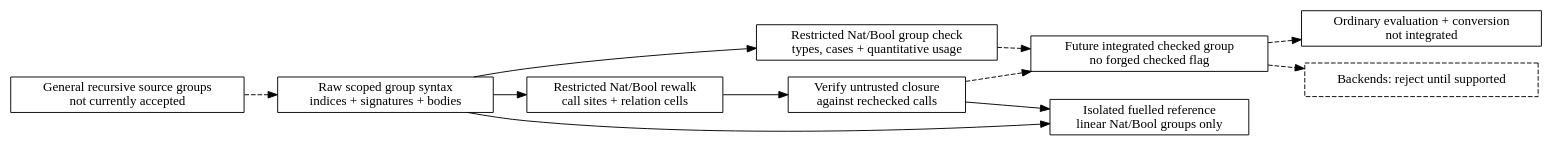
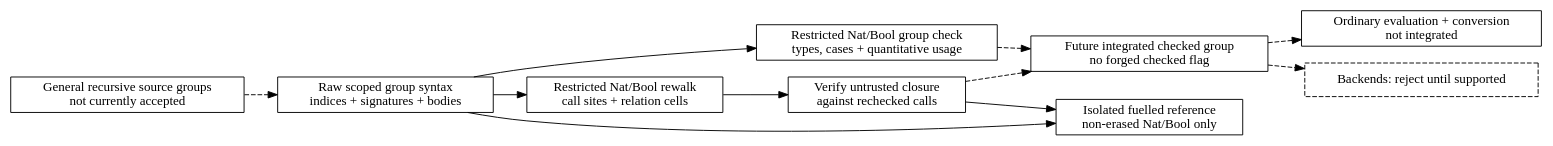
The diagram in docs/diagrams/recursive-groups-design.dot (odunboye/fibril), drawn with Graphviz before and after one commit. The commit also changed 3 other files, not shown here.

```diff
--- a/docs/diagrams/recursive-groups-design.dot
+++ b/docs/diagrams/recursive-groups-design.dot
@@ -1,23 +1,23 @@
 digraph RecursiveGroupsDesign {
   rankdir=LR;
   node [shape=box];
   source [label="General recursive source groups\nnot currently accepted"];
   group [label="Raw scoped group syntax\nindices + signatures + bodies"];
   typing [label="Restricted Nat/Bool group check\ntypes, cases + quantitative usage"];
   calls [label="Restricted Nat/Bool rewalk\ncall sites + relation cells"];
   cert [label="Verify untrusted closure\nagainst rechecked calls"];
-  reference [label="Isolated fuelled reference\nlinear Nat/Bool groups only"];
+  reference [label="Isolated fuelled reference\nnon-erased Nat/Bool only"];
   artifact [label="Future integrated checked group\nno forged checked flag"];
   evaluate [label="Ordinary evaluation + conversion\nnot integrated"];
   backend [label="Backends: reject until supported", style=dashed];
   source -> group [style=dashed];
   group -> typing;
   typing -> artifact [style=dashed];
   group -> calls;
   calls -> cert;
   group -> reference;
   cert -> reference;
   cert -> artifact [style=dashed];
   artifact -> evaluate [style=dashed];
   artifact -> backend [style=dashed];
 }
```
